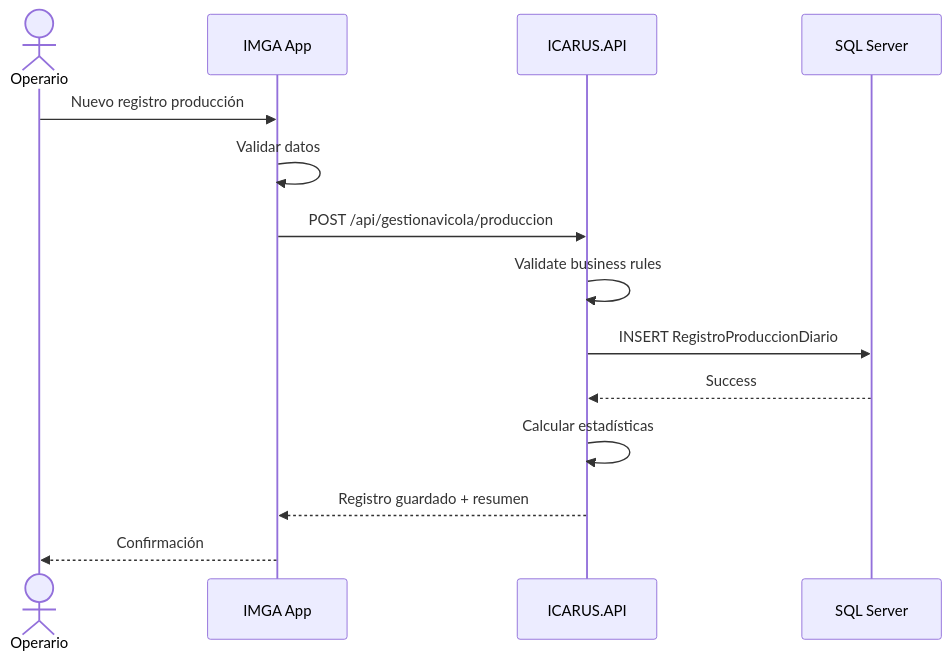
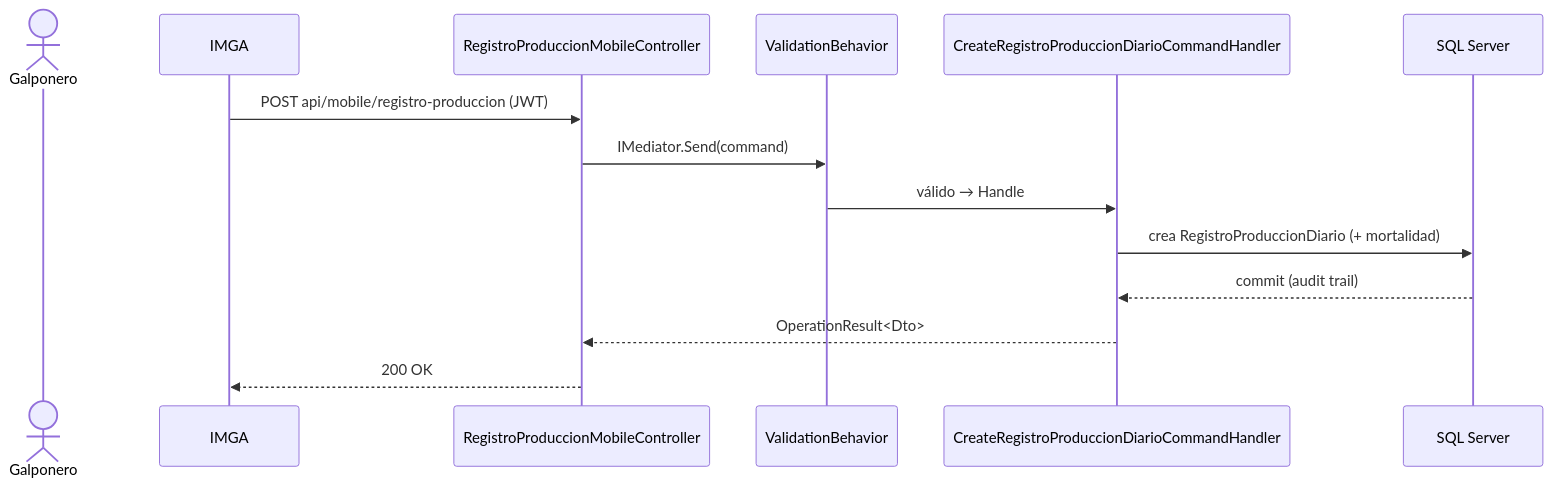
Before and after one commit to luicahleo/DocumentacionProyectos: the third of 4 diagrams in ICARUS/diagramas/secuencia.md, drawn with Mermaid. The commit also changed other lines of this file and 52 other files, not shown here.

````diff
--- a/ICARUS/diagramas/secuencia.md
+++ b/ICARUS/diagramas/secuencia.md
@@ -53,17 +46,17 @@
 ```mermaid
 sequenceDiagram
-    actor Operario
-    participant Mobile as IMGA App
-    participant API as ICARUS.API
+    actor Galponero
+    participant App as IMGA
+    participant API as RegistroProduccionMobileController
+    participant V as ValidationBehavior
+    participant H as CreateRegistroProduccionDiarioCommandHandler
     participant DB as SQL Server
-    
-    Operario->>Mobile: Nuevo registro producción
-    Mobile->>Mobile: Validar datos
-    Mobile->>API: POST /api/gestionavicola/produccion
-    API->>API: Validate business rules
-    API->>DB: INSERT RegistroProduccionDiario
-    DB-->>API: Success
-    API->>API: Calcular estadísticas
-    API-->>Mobile: Registro guardado + resumen
-    Mobile-->>Operario: Confirmación
+
+    App->>API: POST api/mobile/registro-produccion (JWT)
+    API->>V: IMediator.Send(command)
+    V->>H: válido → Handle
+    H->>DB: crea RegistroProduccionDiario (+ mortalidad)
+    DB-->>H: commit (audit trail)
+    H-->>API: OperationResult<Dto>
+    API-->>App: 200 OK
 ```
````
